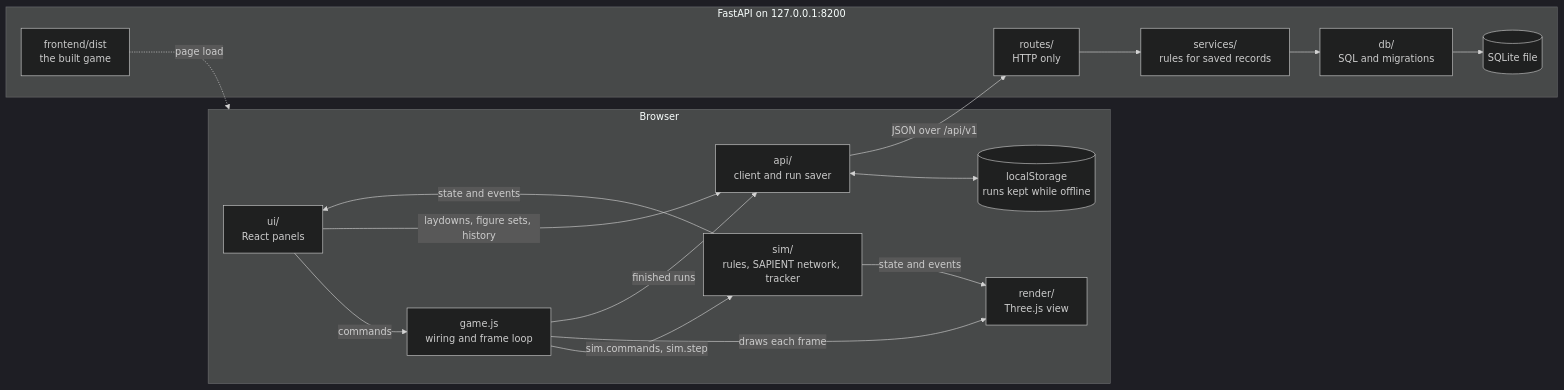
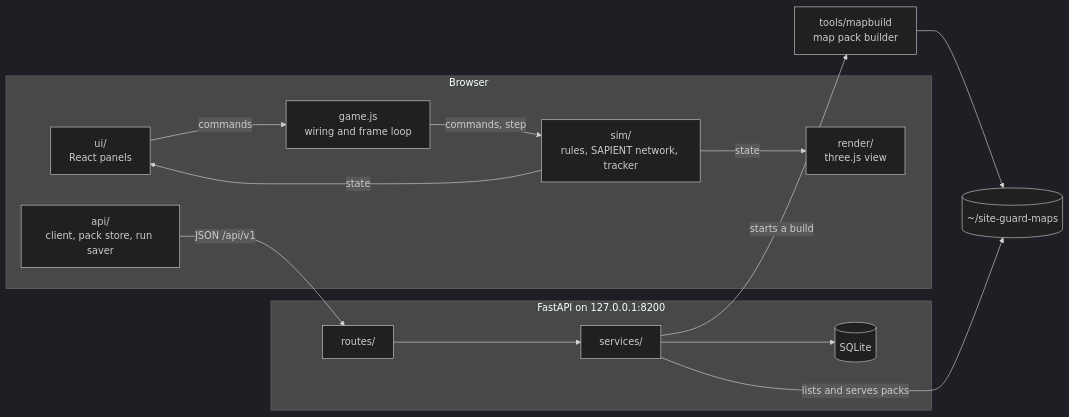
One commit to gingerhobbit6/DroneGame-fork changed the diagram in README.md. Above: the diagram before and after it, drawn with Mermaid (dark theme). The commit also changed other lines of this file and 15 other files, not shown here.

````diff
--- a/README.md
+++ b/README.md
@@ -143,29 +52,21 @@
 ```mermaid
 flowchart LR
   subgraph browser["Browser"]
     ui["ui/<br/>React panels"]
     game["game.js<br/>wiring and frame loop"]
     sim["sim/<br/>rules, SAPIENT network, tracker"]
-    render["render/<br/>Three.js view"]
-    api["api/<br/>client and run saver"]
-    kept[("localStorage<br/>runs kept while offline")]
+    render["render/<br/>three.js view"]
+    api["api/<br/>client, pack store, run saver"]
   end
   subgraph local["FastAPI on 127.0.0.1:8200"]
-    routes["routes/<br/>HTTP only"]
-    services["services/<br/>rules for saved records"]
-    db["db/<br/>SQL and migrations"]
-    file[("SQLite file")]
-    static["frontend/dist<br/>the built game"]
+    routes["routes/"] --> services["services/"] --> db[("SQLite")]
   end
-  ui -- "commands" --> game
-  game -- "sim.commands, sim.step" --> sim
-  sim -- "state and events" --> ui
-  sim -- "state and events" --> render
-  game -- "draws each frame" --> render
-  game -- "finished runs" --> api
-  ui -- "laydowns, figure sets, history" --> api
-  api <--> kept
-  api -- "JSON over /api/v1" --> routes
-  routes --> services --> db --> file
-  static -. "page load" .-> browser
+  builder["tools/mapbuild<br/>map pack builder"]
+  maps[("~/site-guard-maps")]
+  ui -- commands --> game -- "commands, step" --> sim
+  sim -- state --> render
+  sim -- state --> ui
+  api -- "JSON /api/v1" --> routes
+  services -- "starts a build" --> builder --> maps
+  services -- "lists and serves packs" --> maps
 ```
````
